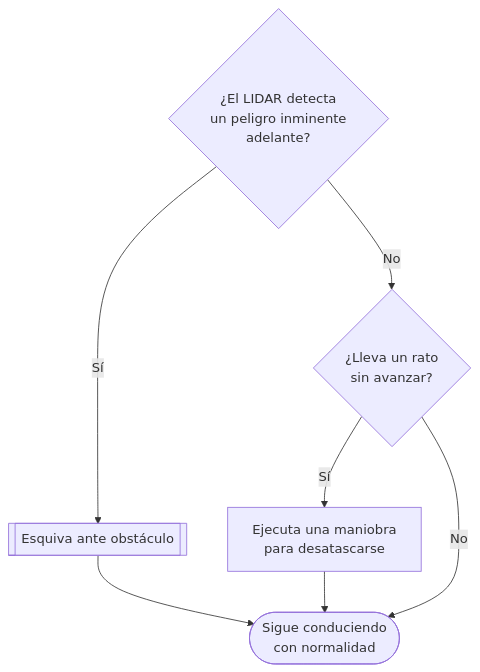
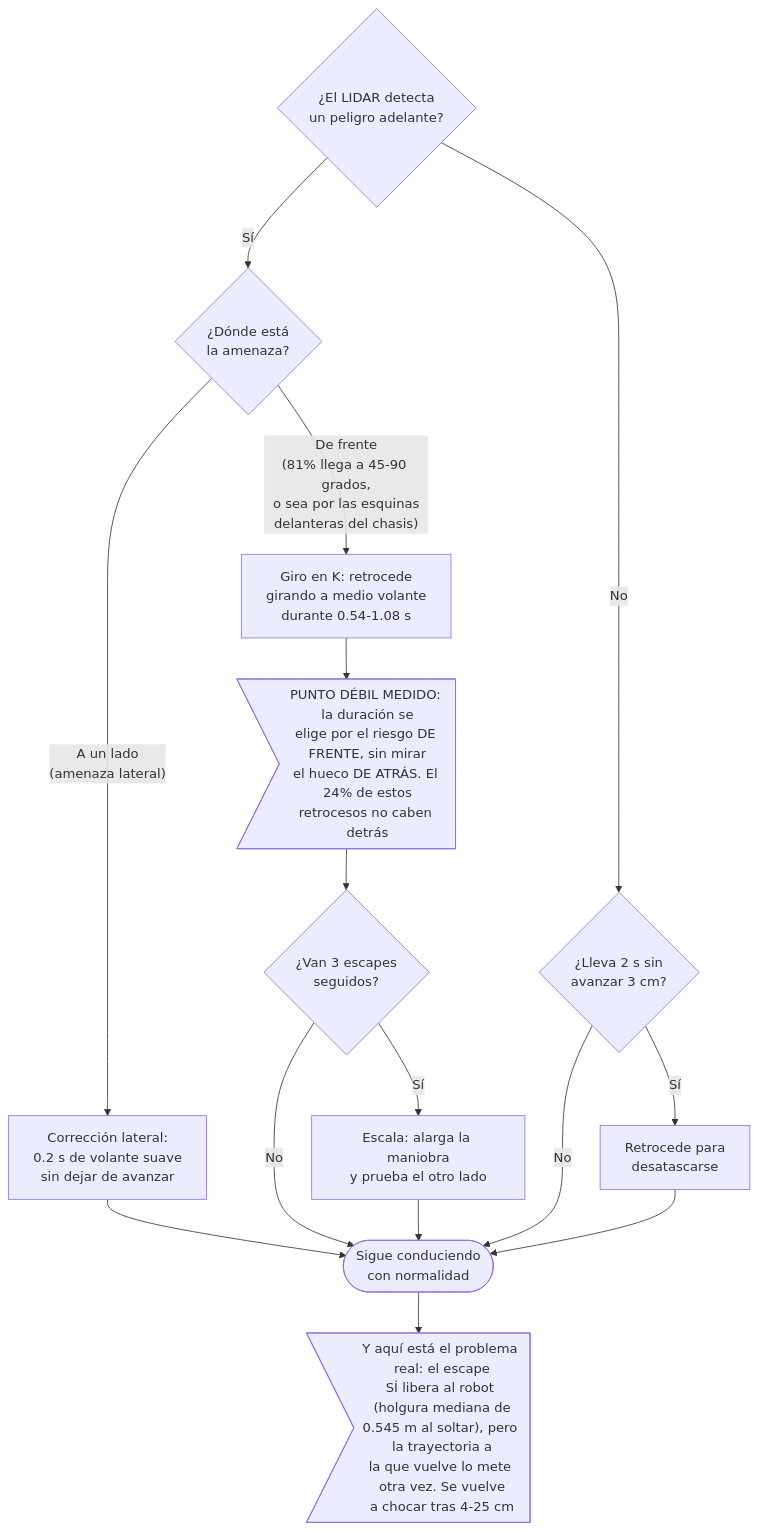
The diagram in schemes/flowcharts/common/mermaid/escape-colision.mmd (teamvoltimor/vtitan), drawn with Mermaid before and after one commit. The commit also changed 18 other files, not shown here.

First line of the commit message:
docs(nav): the flowcharts taught the pass-side rule backwards, and drew a state that never existed

```diff
--- a/schemes/flowcharts/common/mermaid/escape-colision.mmd
+++ b/schemes/flowcharts/common/mermaid/escape-colision.mmd
@@ -1,20 +1,68 @@
 %% Referencias de código (no se renderizan en el PNG, solo para mantenimiento futuro)
 %% Fuente: src/python/src/navigation/core_navigator/
 %%   CoreNavigator.step() -- evalúa el riesgo en cada tick
 %%   _handle_stuck_escape() -- maniobra de desatasco
 %%   control/controllers/collision_avoidance_controller.py -- nivel de riesgo (RiskLevel)
 %%   control/controllers/stuck_detector.py -- StuckDetector
+%% Constantes: src/config/navigation/escape/escape.toml
+%%   side_correction_steer_deg = 16.5 / side_correction_s = 0.20  (amenaza lateral)
+%%   rev_steer_deg = 44.0 / rev_speed = -0.20                      (giro en K)
+%%   k_turn_min_s = 0.54 (riesgo OBSTACLE) / k_turn_max_s = 1.08 (riesgo CRITICAL)
+%%   max_escape_s = 1.8            -- TOPE, no duración: casi nunca se alcanza
+%%   stuck_timeout_s = 2.0 / stuck_move_threshold = 0.03
+%%   escalate_after_attempts = 3 / escape_side_commit_attempts = 2
 %% Común a Open Challenge y Obstacle Challenge -- en Obstacle Challenge, el
 %% LIDAR ya llega con el eco de las señales enmascarado (ver regla-senales.mmd),
 %% así que esta vigilancia opera igual en ambas pistas.
 %% Esquiva genérica ante obstáculo -- detalle común en:
 %%   schemes/flowcharts/common/mermaid/esquiva-generica.mmd
+%% -
+%% AMPLIADO 2026-09-10 con lo medido sobre el corpus y sobre bags de hardware.
+%% El diagrama anterior tenía una sola caja "esquiva" y ocultaba que hay DOS
+%% maniobras distintas con criterios distintos. Lo que se sabe hoy:
+%% -
+%% * DÓNDE SALTAN: el 81% de los escapes se dispara con la amenaza a 45-90 grados,
+%%   es decir en las ESQUINAS DELANTERAS del chasis, no de frente. La geometría
+%%   del disparo importa más que el umbral.
+%% -
+%% * EL GIRO EN K ELIGE SIN SABER: es el único escape que ignora lo que el robot
+%%   ya sabe. Elige su LADO sin consultar el plan (se opone al plan el 57% de las
+%%   veces, contra el 11% de la corrección lateral) y su DISTANCIA sin mirar el
+%%   espacio (son segundos fijos escogidos por el riesgo DE FRENTE: el caso
+%%   crítico pide 21.6 cm de recorrido contra un hueco TRASERO de 17 cm en la
+%%   mediana y 7 cm en el p10). El 24% de los retrocesos NO CABEN detrás.
+%% -
+%% * EL RETROCESO GIRA A MEDIO VOLANTE: rev_steer_deg = 44 grados de 85
+%%   disponibles, y cada episodio rota solo 14.4 grados. El tope max_escape_s NO
+%%   ES LA RESTRICCIÓN (se usan 0.75 s de 1.8), así que la única forma de ganar
+%%   rotación es ÁNGULO, no tiempo. Un tope no es una duración.
+%% -
+%% * EL BUCLE NO ES "SE SOLTÓ DEMASIADO PRONTO": medido, el patrón es "se liberó,
+%%   y volvió a meterse". Solo 1 de 52 redisparos ocurre antes de 1.0 s, la
+%%   holgura mediana al soltar es 0.545 m, y aun así el robot recorre 4-25 cm y
+%%   vuelve a chocar. Afinar el escape es ESFUERZO PERDIDO; lo que hay que
+%%   arreglar es la TRAYECTORIA a la que vuelve.
 
 flowchart TD
-    Risk{"¿El LIDAR detecta<br/>un peligro inminente<br/>adelante?"}
-    Risk -- "Sí" --> Escape[["Esquiva ante obstáculo"]]
-    Risk -- "No" --> Stuck{"¿Lleva un rato<br/>sin avanzar?"}
-    Stuck -- "Sí" --> StuckEscape["Ejecuta una maniobra<br/>para desatascarse"]
-    Stuck -- "No" --> Continue(["Sigue conduciendo<br/>con normalidad"])
-    Escape --> Continue
-    StuckEscape --> Continue
+    Risk{"¿El LIDAR detecta<br/>un peligro adelante?"}
+
+    Risk -- "No" --> Stuck{"¿Lleva 2 s sin<br/>avanzar 3 cm?"}
+    Risk -- "Sí" --> Where{"¿Dónde está<br/>la amenaza?"}
+
+    Where -- "A un lado<br/>(amenaza lateral)" --> Side["Corrección lateral:<br/>0.2 s de volante suave<br/>sin dejar de avanzar"]
+    Where -- "De frente<br/>(81% llega a 45-90 grados,<br/>o sea por las esquinas<br/>delanteras del chasis)" --> KTurn["Giro en K: retrocede<br/>girando a medio volante<br/>durante 0.54-1.08 s"]
+
+    KTurn --> Fit>"PUNTO DÉBIL MEDIDO: la duración se<br/>elige por el riesgo DE FRENTE, sin mirar<br/>el hueco DE ATRÁS. El 24% de estos<br/>retrocesos no caben detrás"]
+
+    Side --> Resume
+    Fit --> Attempts{"¿Van 3 escapes<br/>seguidos?"}
+    Attempts -- "Sí" --> Escalate["Escala: alarga la maniobra<br/>y prueba el otro lado"]
+    Attempts -- "No" --> Resume
+    Escalate --> Resume
+
+    Stuck -- "Sí" --> StuckEscape["Retrocede para<br/>desatascarse"]
+    Stuck -- "No" --> Resume
+
+    StuckEscape --> Resume(["Sigue conduciendo<br/>con normalidad"])
+
+    Resume --> Back>"Y aquí está el problema real: el escape<br/>SÍ libera al robot (holgura mediana de<br/>0.545 m al soltar), pero la trayectoria a<br/>la que vuelve lo mete otra vez. Se vuelve<br/>a chocar tras 4-25 cm"]
```
